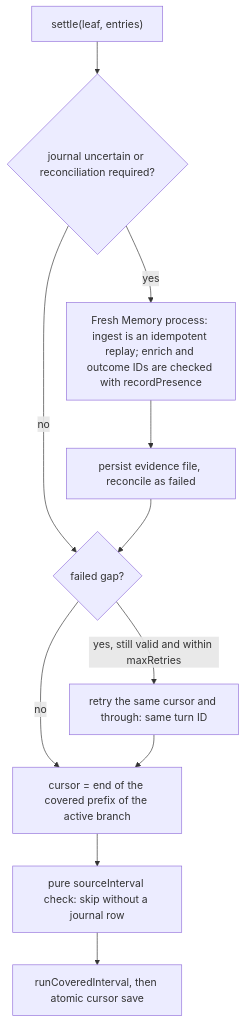
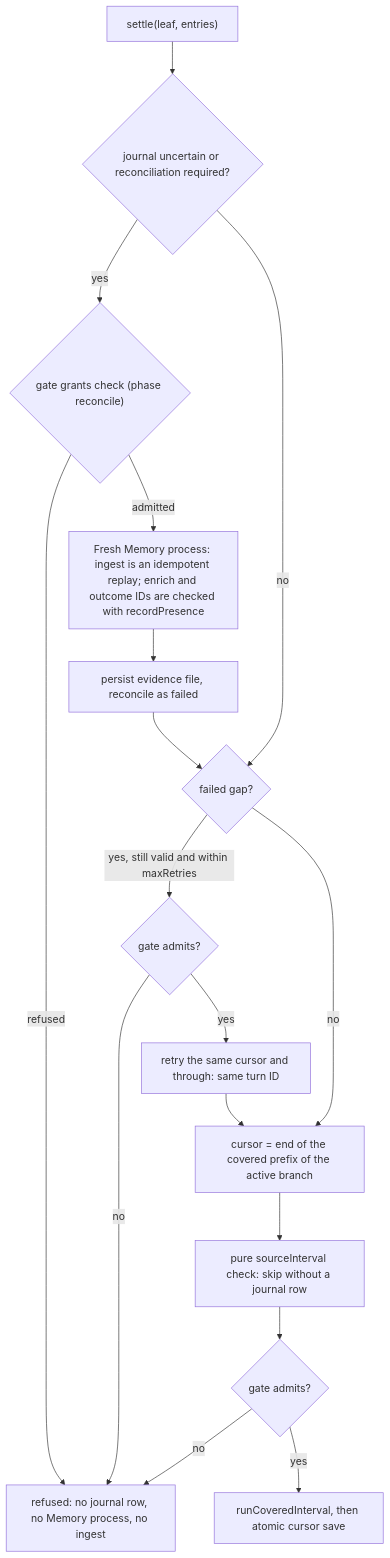
One commit to Token-Smelter/source-memory changed the second of 2 diagrams in docs/INTEGRATION.md. Above: the diagram before and after it, drawn with Mermaid. The commit also changed other lines of this file and 8 other files, not shown here.

First line of the commit message:
Gate live intervals on scope grants and a durable daily budget before ingest (#35)

````diff
--- a/docs/INTEGRATION.md
+++ b/docs/INTEGRATION.md
@@ -71,13 +71,19 @@
 ```mermaid
 flowchart TD
     Settle["settle(leaf, entries)"] --> Rec{"journal uncertain or reconciliation required?"}
-    Rec -->|"yes"| Ids["Fresh Memory process: ingest is an idempotent replay; enrich and outcome IDs are checked with recordPresence"]
+    Rec -->|"yes"| Grants{"gate grants check (phase reconcile)"}
+    Grants -->|"refused"| Refused
+    Grants -->|"admitted"| Ids["Fresh Memory process: ingest is an idempotent replay; enrich and outcome IDs are checked with recordPresence"]
     Ids --> Gap["persist evidence file, reconcile as failed"]
     Rec -->|"no"| Retry
     Gap --> Retry{"failed gap?"}
-    Retry -->|"yes, still valid and within maxRetries"| Same["retry the same cursor and through: same turn ID"]
+    Retry -->|"yes, still valid and within maxRetries"| RetryGate{"gate admits?"}
+    RetryGate -->|"no"| Refused
+    RetryGate -->|"yes"| Same["retry the same cursor and through: same turn ID"]
     Retry -->|"no"| Resolve
     Same --> Resolve["cursor = end of the covered prefix of the active branch"]
     Resolve --> Check["pure sourceInterval check: skip without a journal row"]
-    Check --> Run["runCoveredInterval, then atomic cursor save"]
+    Check --> Gate{"gate admits?"}
+    Gate -->|"no"| Refused["refused: no journal row, no Memory process, no ingest"]
+    Gate -->|"yes"| Run["runCoveredInterval, then atomic cursor save"]
 ```
````
